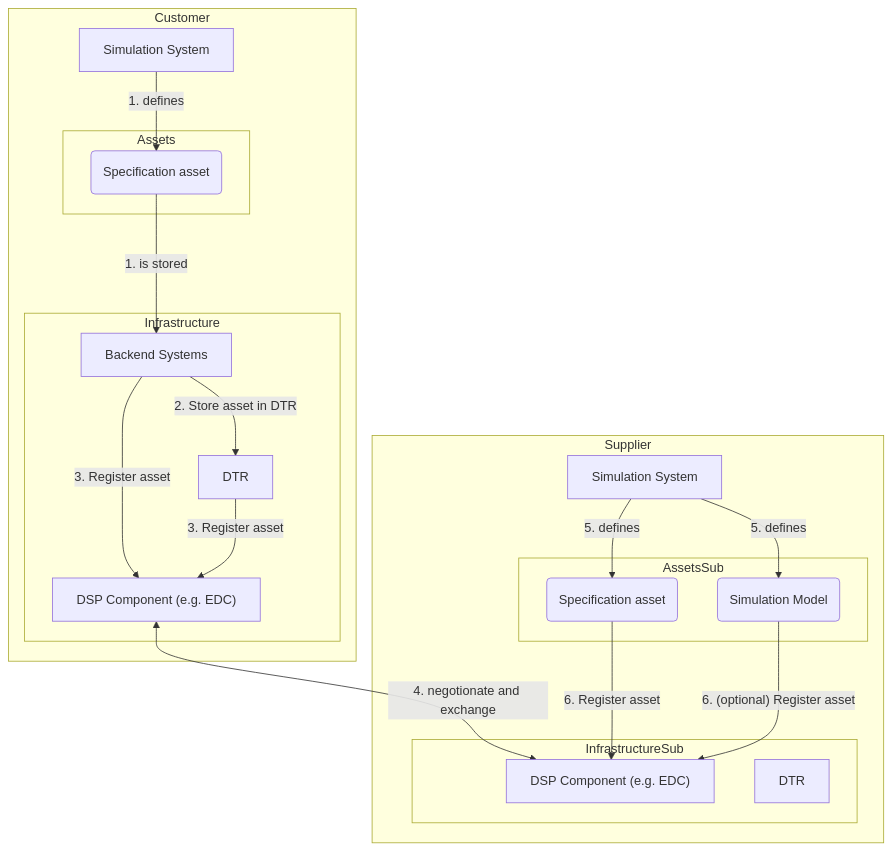
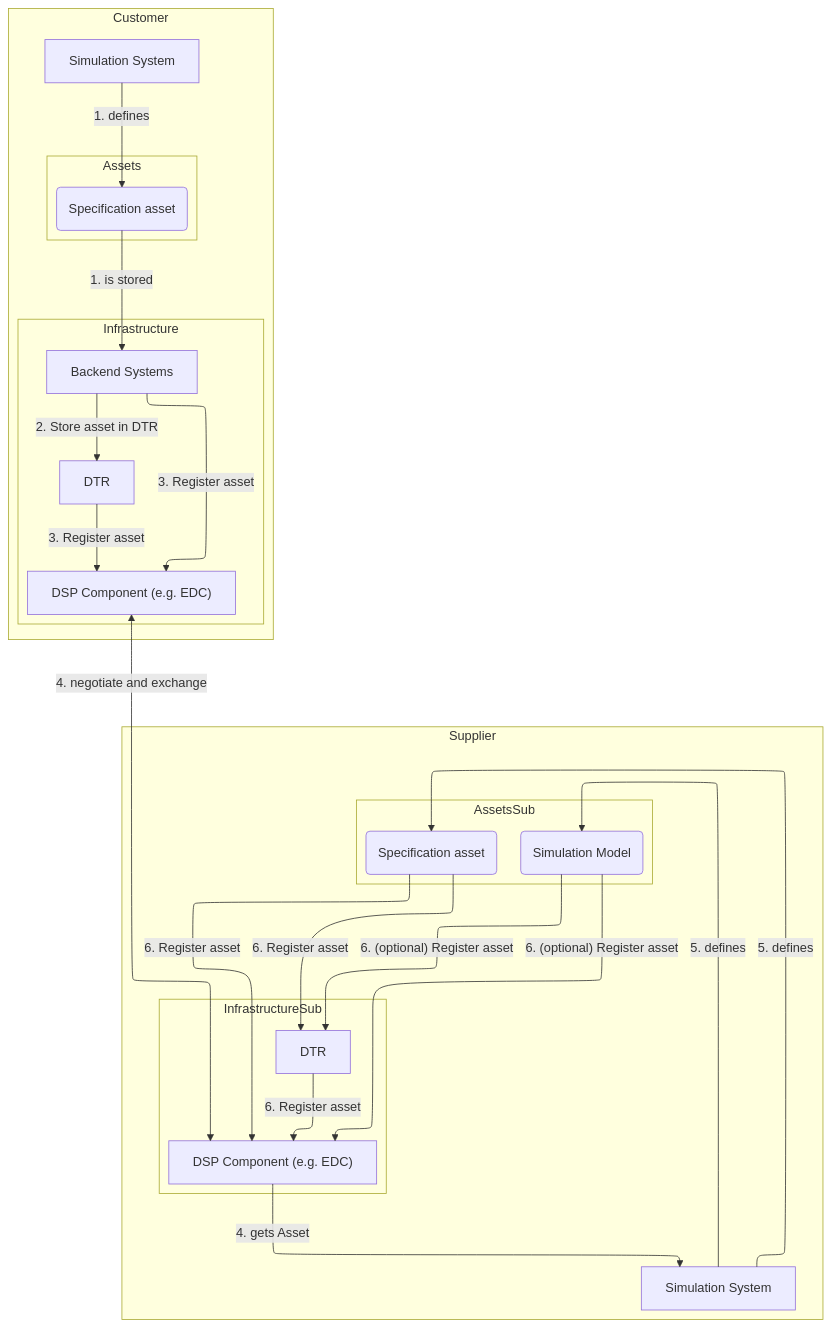
The diagram in docs-kits/kits/engineering-simulation-kit/development-view/development-view.md (manourym/CX-KIT-development), drawn with Mermaid before and after one commit. The commit also changed 5 other files, not shown here.

Commit message:
feat: updated Diagrams

````diff
--- a/docs-kits/kits/engineering-simulation-kit/development-view/development-view.md
+++ b/docs-kits/kits/engineering-simulation-kit/development-view/development-view.md
@@ -42,48 +42,58 @@
 ```mermaid
+---
+config:
+    layout: elk
+---
+
 graph TD
     subgraph Customer
         Ac[Simulation System]
     
         subgraph Assets
             SpecC(Specification asset)
         end
     
         subgraph Infrastructure
             DSPc["DSP Component (e.g. EDC)"]
             DTRc[DTR]
             Bc["Backend Systems"]
         end  
     end
 
     subgraph Supplier
+        subgraph InfrastructureSub
+            DSPs["DSP Component (e.g. EDC)"]
+            DTRs[DTR]
+        end  
 
         As[Simulation System]
 
         subgraph AssetsSub
             SpecS(Specification asset)
             SimS(Simulation Model)
         end
     
-        subgraph InfrastructureSub
-            DSPs["DSP Component (e.g. EDC)"]
-            DTRs[DTR]
-        end  
     end
     
     Ac --"1. defines" --> SpecC
     SpecC --->|"1. is stored"| Bc
 
     Bc --> |"2. Store asset in DTR"| DTRc
 
     Bc -->|"3. Register asset"| DSPc 
     DTRc -->|"3. Register asset"| DSPc
-    DSPc <--"4. negotionate and exchange"--> DSPs
+    DSPc <--"4. negotiate and exchange"--> DSPs
 
+    DSPs -- "4. gets Asset" --> As
 
     As --"5. defines" --> SpecS
     As --"5. defines" --> SimS
 
     SpecS -->|"6. Register asset"| DSPs 
     SimS -->|"6. (optional) Register asset"| DSPs
+    SpecS -->|"6. Register asset"| DTRs 
+    SimS -->|"6. (optional) Register asset"| DTRs
+    DTRs -->|"6. Register asset"| DSPs 
+
 
 ```
````
